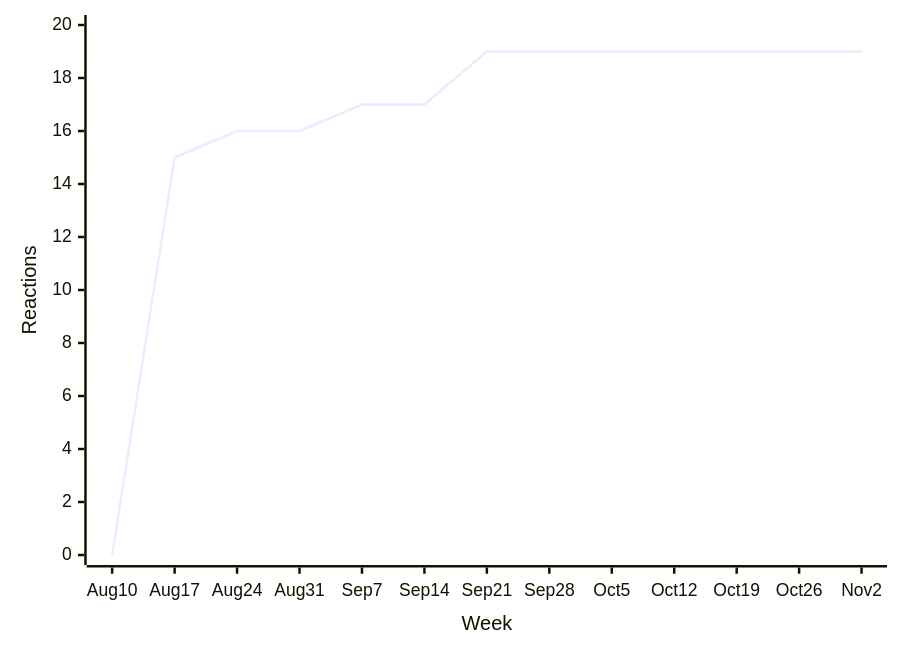
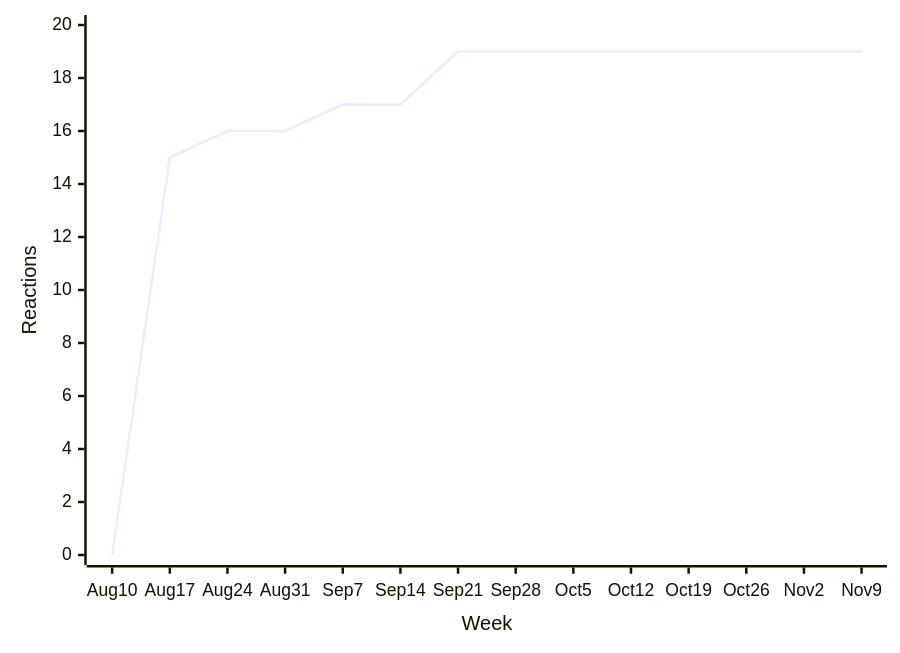
Before and after one commit to loic-sharma/github-insights: the seventh of 38 diagrams in README.md, drawn with Mermaid. The commit also changed other lines of this file and 3 other files, not shown here.

````diff
--- a/README.md
+++ b/README.md
@@ -443,6 +426,6 @@
   ```mermaid
   xychart-beta
-    x-axis "Week" [Aug 10, Aug 17, Aug 24, Aug 31, Sep 7, Sep 14, Sep 21, Sep 28, Oct 5, Oct 12, Oct 19, Oct 26, Nov 2]
+    x-axis "Week" [Aug 10, Aug 17, Aug 24, Aug 31, Sep 7, Sep 14, Sep 21, Sep 28, Oct 5, Oct 12, Oct 19, Oct 26, Nov 2, Nov 9]
     y-axis "Reactions" 0 --> 20
-    line [0, 15, 16, 16, 17, 17, 19, 19, 19, 19, 19, 19, 19]
+    line [0, 15, 16, 16, 17, 17, 19, 19, 19, 19, 19, 19, 19, 19]
   ```
````
